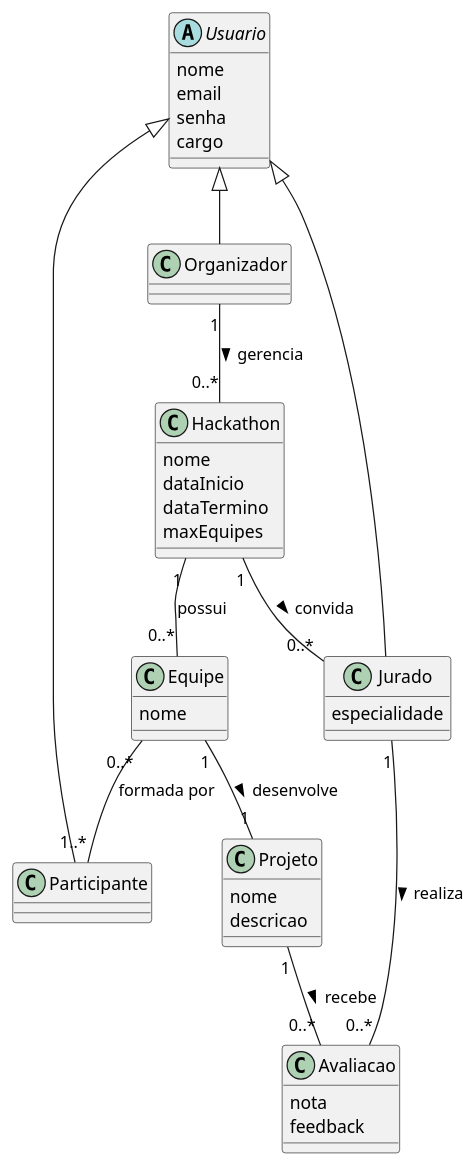
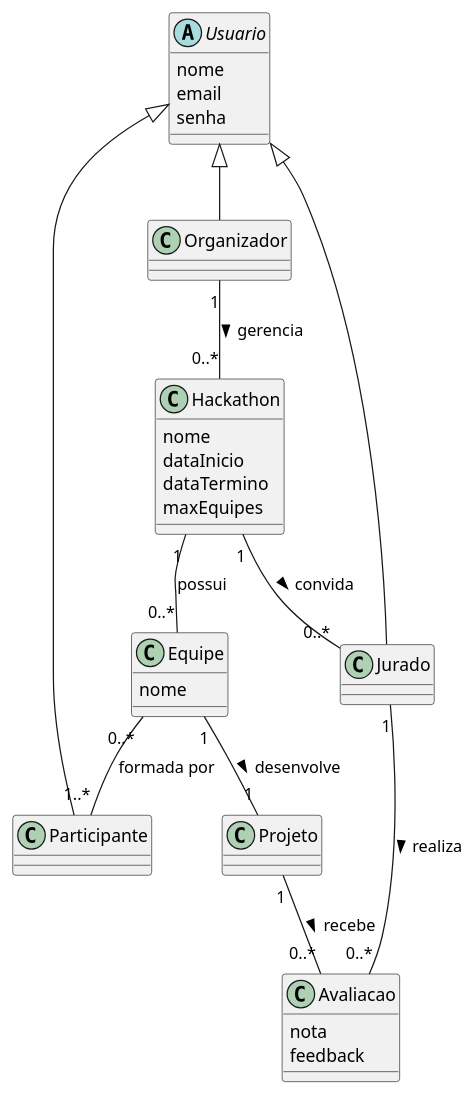
One commit to papatrock/es-hackathon changed the diagram in diagramas/classes.puml. Above: the diagram before and after it, drawn with PlantUML. The commit also changed 1 other file, not shown here.

Commit message:
docs: atualiza diagramas de casos de uso e classes para ficar mais coerente com as implementações

```diff
--- a/diagramas/classes.puml
+++ b/diagramas/classes.puml
@@ -1,50 +1,46 @@
 @startuml Diagrama de Classes Conceituais
 
 skinparam classAttributeIconSize 0
 
 abstract class Usuario {
     nome
     email
     senha
-    cargo
 }
 
 class Organizador extends Usuario
 
 class Hackathon {
     nome
     dataInicio
     dataTermino
     maxEquipes
 }
 
 class Equipe {
     nome
 }
 
 class Participante extends Usuario
 
 class Projeto {
-    nome
-    descricao
 }
 
 class Jurado extends Usuario {
-    especialidade
 }
 
 class Avaliacao {
     nota
     feedback
 }
 
 Hackathon "1" -- "0..*" Equipe : possui
 Equipe "0..*" -- "1..*" Participante : formada por
 Equipe "1" -- "1" Projeto : desenvolve >
 
 Jurado "1" -- "0..*" Avaliacao : realiza >
 Projeto "1" -- "0..*" Avaliacao : recebe >
 Hackathon "1" -- "0..*" Jurado : convida >
 Organizador "1" -- "0..*" Hackathon : gerencia >
 
 @enduml
```
